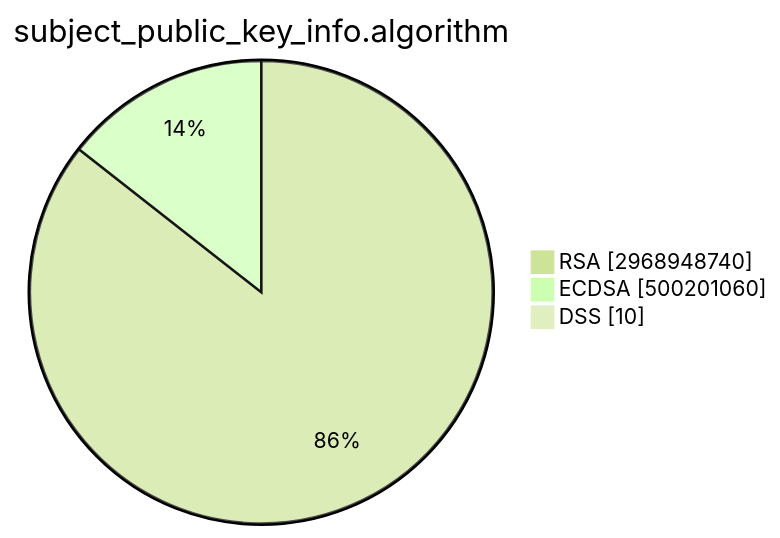
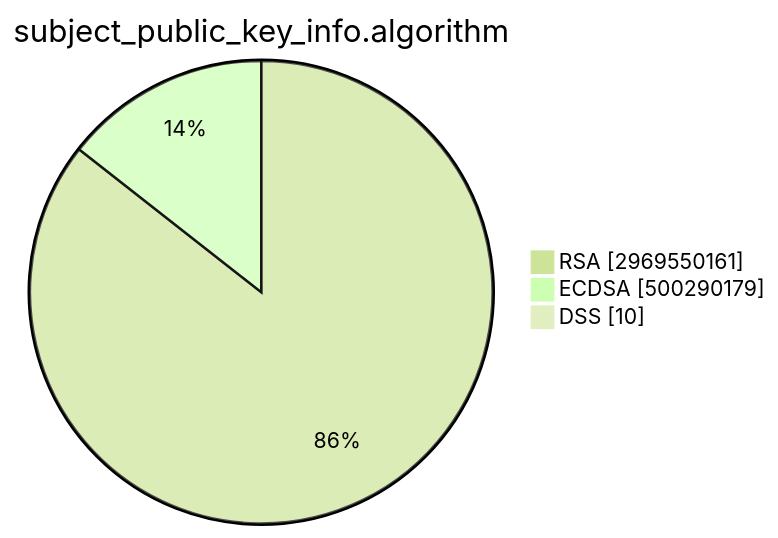
The second of 15 diagrams in TOTAL/README.md (christiankrug/ctmonitor_visualization), drawn with Mermaid (forest theme) before and after one commit. The commit also changed other lines of this file, not shown here.

````diff
--- a/TOTAL/README.md
+++ b/TOTAL/README.md
@@ -6,7 +6,7 @@
 ```mermaid
 pie showData
 title subject_public_key_info.algorithm
-"RSA" :2968948740
-"ECDSA" :500201060
+"RSA" :2969550161
+"ECDSA" :500290179
 "DSS" :10
 ```
````
